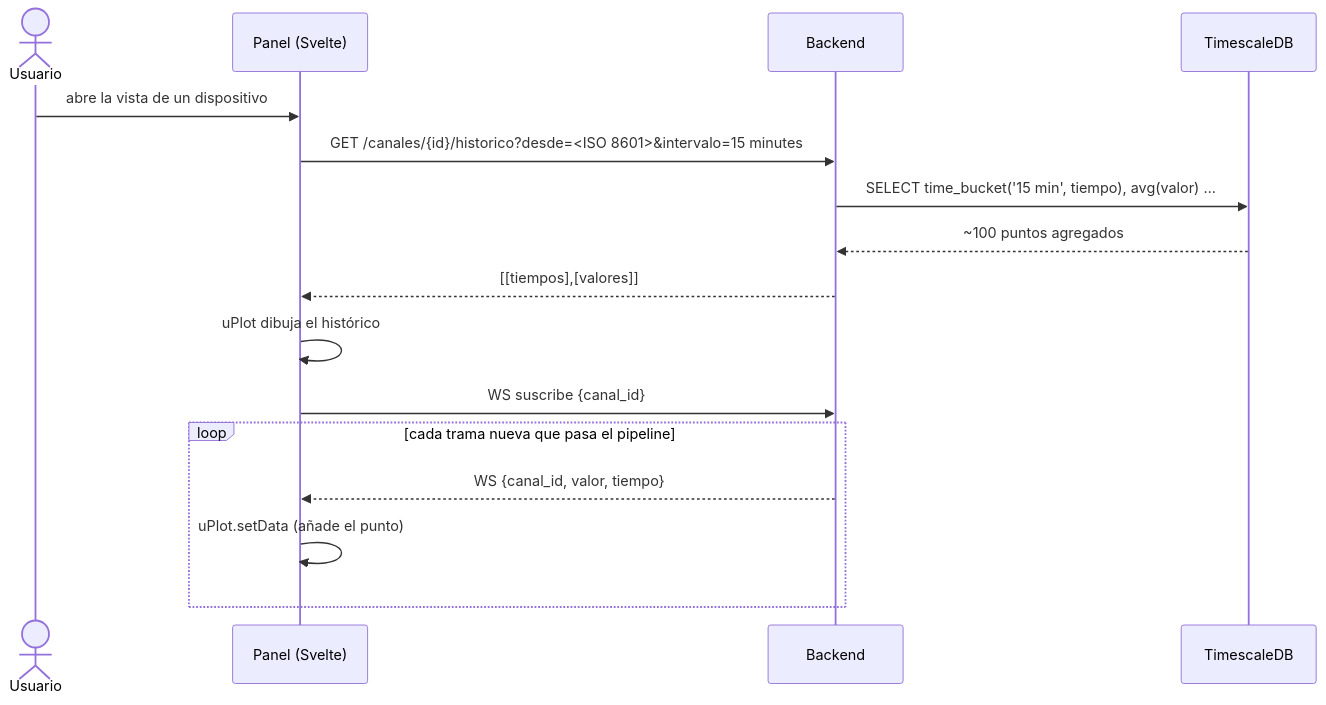
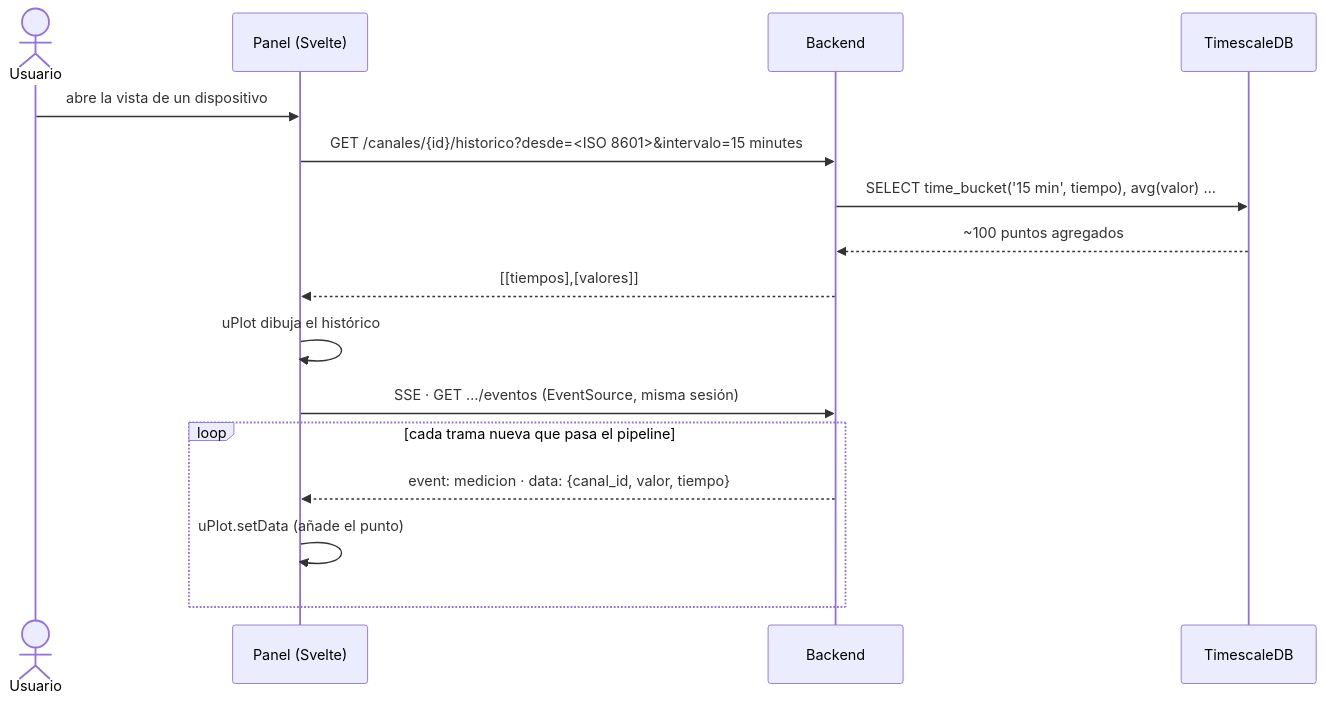
Before and after one commit to vicenterami/tesis: the fifth of 6 diagrams in docs/10-arquitectura.md, drawn with Mermaid. The commit also changed other lines of this file and 8 other files, not shown here.

````diff
--- a/docs/10-arquitectura.md
+++ b/docs/10-arquitectura.md
@@ -337,19 +379,19 @@
 ```mermaid
 sequenceDiagram
     actor U as Usuario
     participant FE as Panel (Svelte)
     participant API as Backend
     participant DB as TimescaleDB
 
     U->>FE: abre la vista de un dispositivo
     FE->>API: GET /canales/{id}/historico?desde=<ISO 8601>&intervalo=15 minutes
     API->>DB: SELECT time_bucket('15 min', tiempo), avg(valor) …
     DB-->>API: ~100 puntos agregados
     API-->>FE: [[tiempos],[valores]]
     FE->>FE: uPlot dibuja el histórico
-    FE->>API: WS suscribe {canal_id}
+    FE->>API: SSE · GET …/eventos (EventSource, misma sesión)
     loop cada trama nueva que pasa el pipeline
-        API-->>FE: WS {canal_id, valor, tiempo}
+        API-->>FE: event: medicion · data: {canal_id, valor, tiempo}
         FE->>FE: uPlot.setData (añade el punto)
     end
 ```
````
